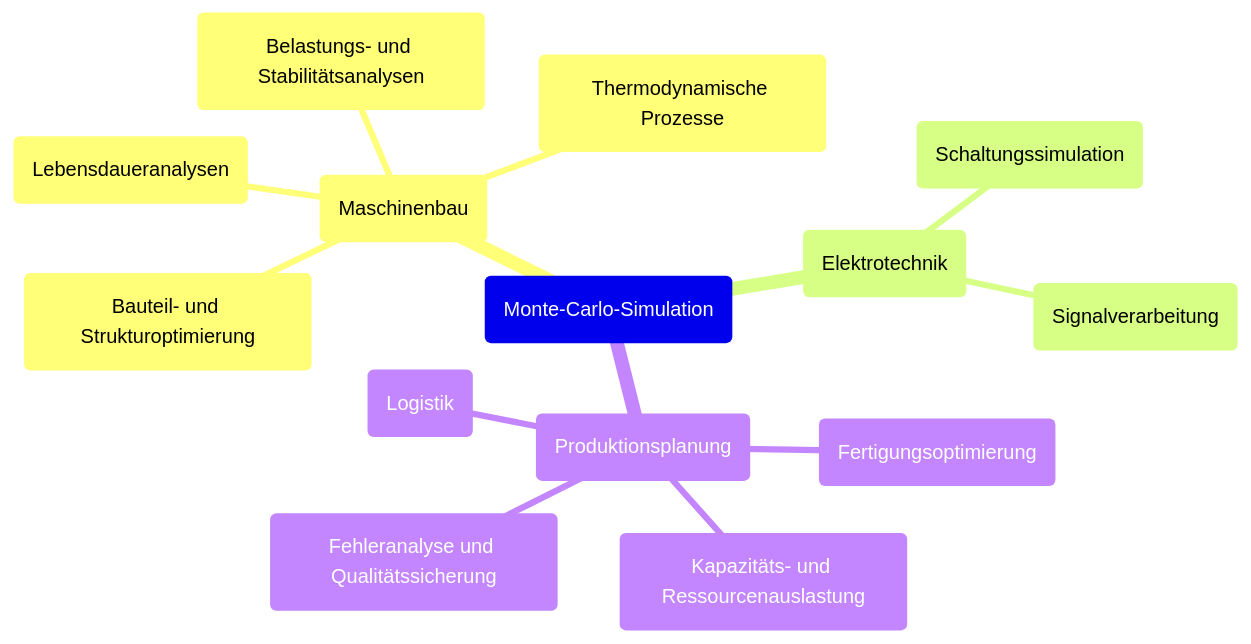
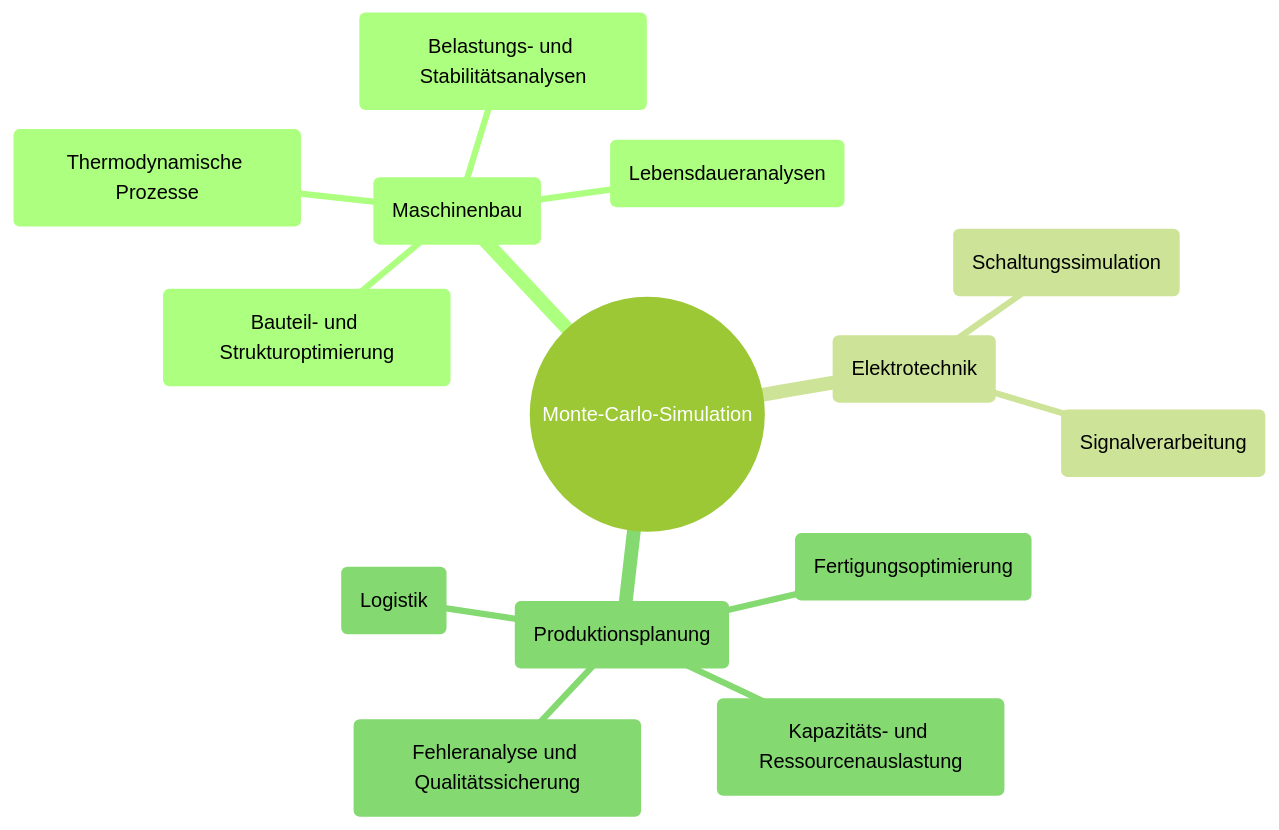
Before and after one commit to mrossde/PE1_PE2: the diagram in Monte-Carlo-Simulation.qmd, drawn with Mermaid. The commit also changed other lines of this file and 31 other files, not shown here.

````diff
--- a/Monte-Carlo-Simulation.qmd
+++ b/Monte-Carlo-Simulation.qmd
@@ -106,19 +97,20 @@
 ```{mermaid}
 %%| label: fig-label-mmmontecarlosimulatoin
 %%| fig-cap: "Mindmap zu Anwendungen von Monte-Carlo-Simulationen im Produktentstehungsprozess"
+%%{init: {'theme': 'forest'}}%%
 mindmap
-  root(Monte-Carlo-Simulation)
+  root((Monte-Carlo-Simulation))
     (Maschinenbau)
       (Bauteil- und Strukturoptimierung)
       (Thermodynamische Prozesse)
       (Belastungs- und Stabilitätsanalysen)
       (Lebensdaueranalysen)
     (Elektrotechnik)
       (Schaltungssimulation)
       (Signalverarbeitung)
     (Produktionsplanung)
       (Fertigungsoptimierung)
       (Kapazitäts- und Ressourcenauslastung)
       (Fehleranalyse und Qualitätssicherung)
       (Logistik)
 ```
````
